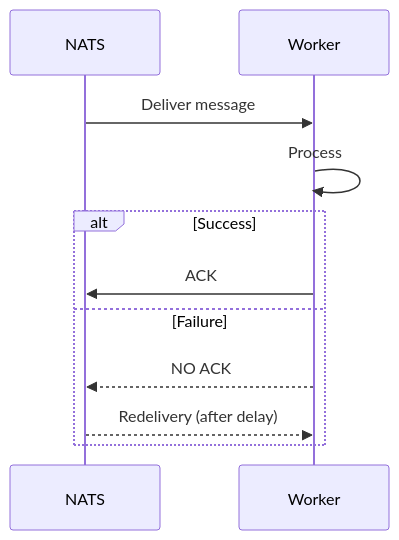
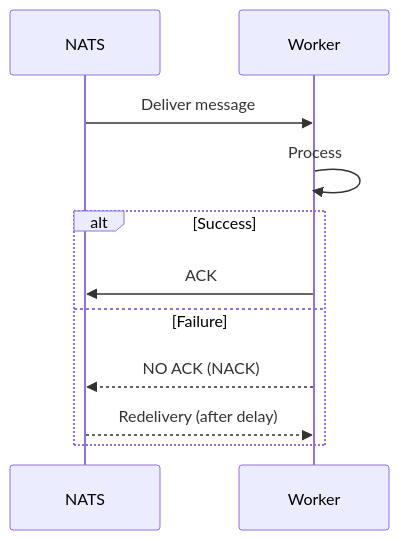
One commit to kyogoiano/wallet changed the diagram in wallet_service_v_2_production_ready_architecture.md. Above: the diagram before and after it, drawn with Mermaid. The commit also changed other lines of this file and 1 other file, not shown here.

````diff
--- a/wallet_service_v_2_production_ready_architecture.md
+++ b/wallet_service_v_2_production_ready_architecture.md
@@ -68,16 +79,16 @@
 ```mermaid
 sequenceDiagram
     participant NATS
     participant Worker
 
     NATS->>Worker: Deliver message
 
     Worker->>Worker: Process
 
     alt Success
         Worker->>NATS: ACK
     else Failure
-        Worker-->>NATS: NO ACK
+        Worker-->>NATS: NO ACK (NACK)
         NATS-->>Worker: Redelivery (after delay)
     end
 ```
````
